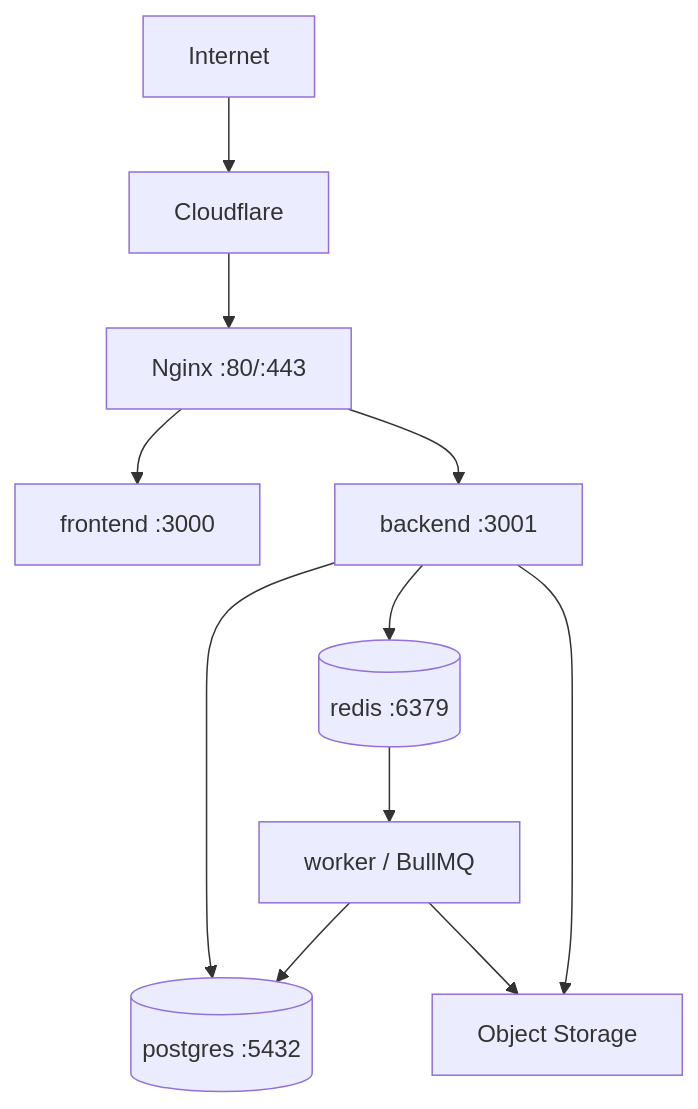
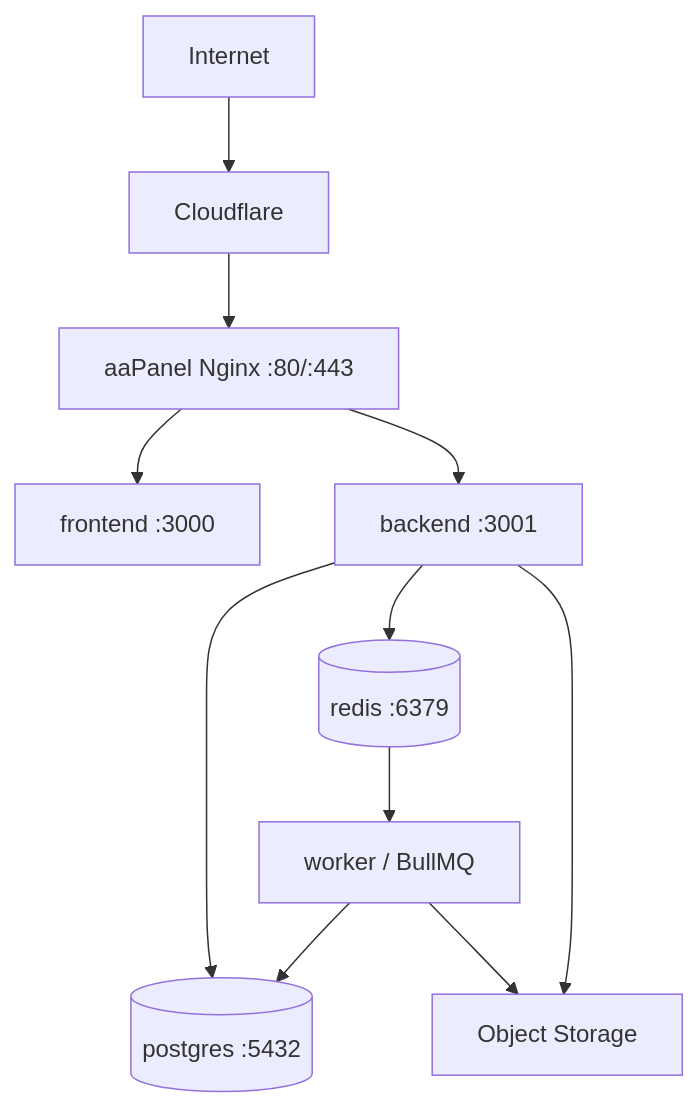
The diagram in docs/deployment/README.md (vo-huy-hoang/Sky-Lux-Business), drawn with Mermaid before and after one commit. The commit also changed other lines of this file and 16 other files, not shown here.

````diff
--- a/docs/deployment/README.md
+++ b/docs/deployment/README.md
@@ -21,15 +21,15 @@
 ```mermaid
 flowchart TD
     U[Internet] --> CF[Cloudflare]
-    CF --> N[Nginx :80/:443]
+    CF --> N[aaPanel Nginx :80/:443]
     N --> FE[frontend :3000]
     N --> BE[backend :3001]
 
     BE --> PG[(postgres :5432)]
     BE --> RD[(redis :6379)]
     BE --> R2[Object Storage]
 
     RD --> W[worker / BullMQ]
     W --> PG
     W --> R2
 ```
````
